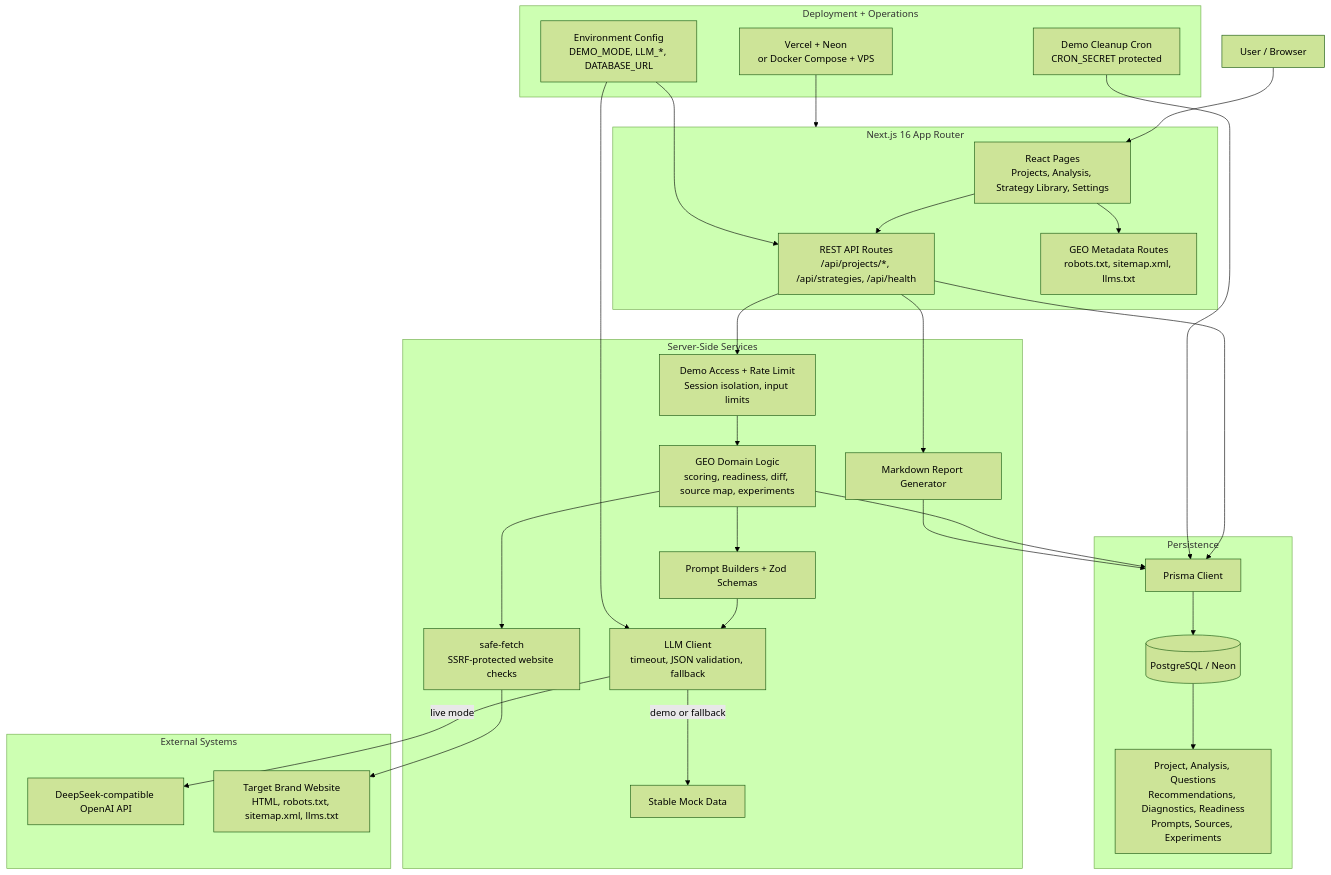
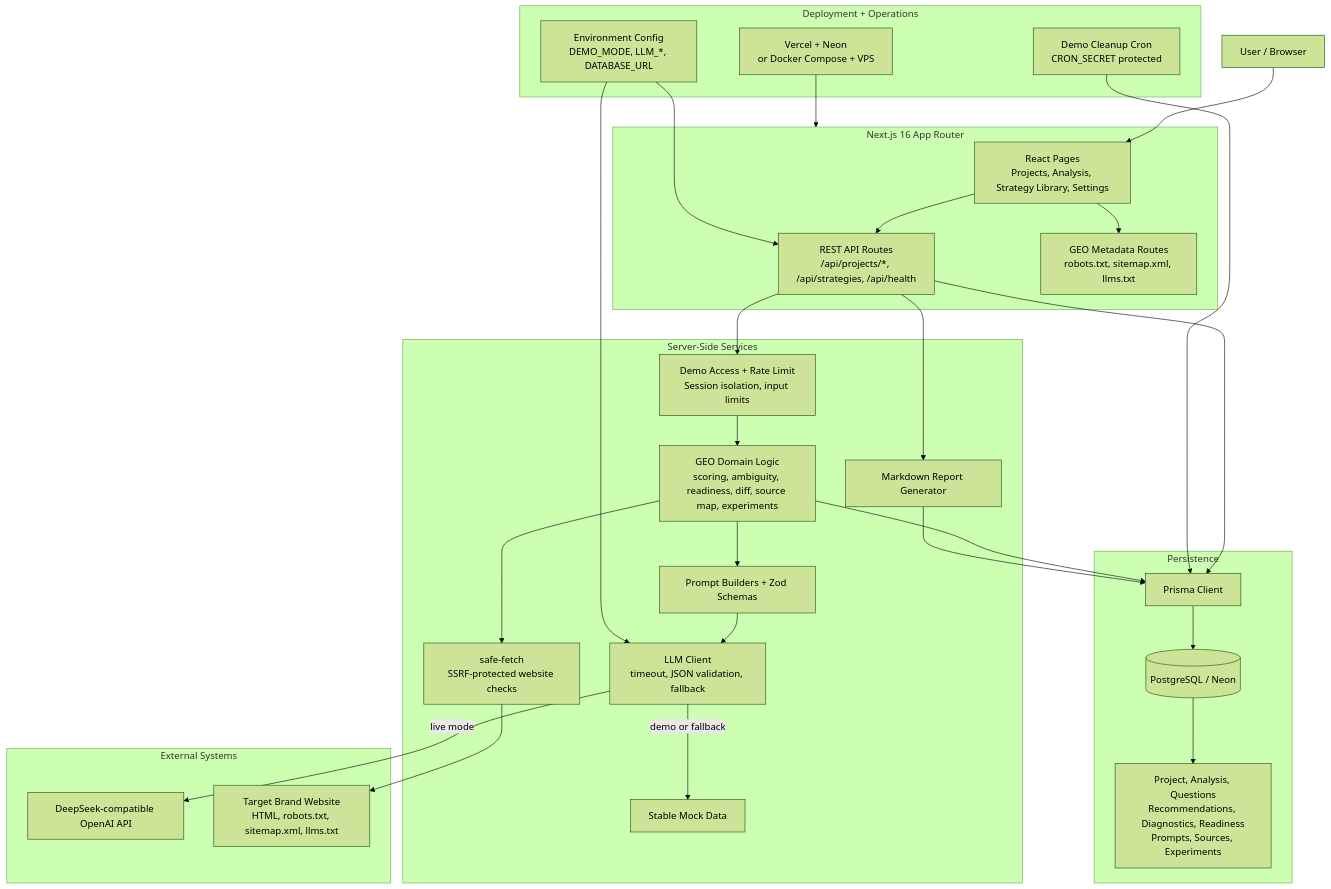
One commit to ZedingZhang/geo-lens changed the diagram in README.md. Above: the diagram before and after it, drawn with Mermaid (forest theme). The commit also changed other lines of this file and 8 other files, not shown here.

````diff
--- a/README.md
+++ b/README.md
@@ -85,59 +86,59 @@
 ```mermaid
 flowchart TB
     user["User / Browser"]
 
     subgraph app["Next.js 16 App Router"]
         pages["React Pages<br/>Projects, Analysis, Strategy Library, Settings"]
         api["REST API Routes<br/>/api/projects/*, /api/strategies, /api/health"]
         meta["GEO Metadata Routes<br/>robots.txt, sitemap.xml, llms.txt"]
     end
 
     subgraph services["Server-Side Services"]
         guards["Demo Access + Rate Limit<br/>Session isolation, input limits"]
-        geo["GEO Domain Logic<br/>scoring, readiness, diff, source map, experiments"]
+        geo["GEO Domain Logic<br/>scoring, ambiguity, readiness, diff, source map, experiments"]
         prompts["Prompt Builders + Zod Schemas"]
         llm["LLM Client<br/>timeout, JSON validation, fallback"]
         fetcher["safe-fetch<br/>SSRF-protected website checks"]
         report["Markdown Report Generator"]
         mock["Stable Mock Data"]
     end
 
     subgraph data["Persistence"]
         prisma["Prisma Client"]
         db[(PostgreSQL / Neon)]
         models["Project, Analysis, Questions<br/>Recommendations, Diagnostics, Readiness<br/>Prompts, Sources, Experiments"]
     end
 
     subgraph external["External Systems"]
         deepseek["DeepSeek-compatible OpenAI API"]
         target["Target Brand Website<br/>HTML, robots.txt, sitemap.xml, llms.txt"]
     end
 
     subgraph ops["Deployment + Operations"]
         deploy["Vercel + Neon<br/>or Docker Compose + VPS"]
         env["Environment Config<br/>DEMO_MODE, LLM_*, DATABASE_URL"]
         cleanup["Demo Cleanup Cron<br/>CRON_SECRET protected"]
     end
 
     user --> pages
     pages --> api
     pages --> meta
     api --> guards
     guards --> geo
     geo --> prompts
     prompts --> llm
     llm -->|"live mode"| deepseek
     llm -->|"demo or fallback"| mock
     geo --> fetcher
     fetcher --> target
     api --> report
     api --> prisma
     geo --> prisma
     report --> prisma
     prisma --> db
     db --> models
     cleanup --> prisma
     env --> api
     env --> llm
     deploy --> app
 ```
````
